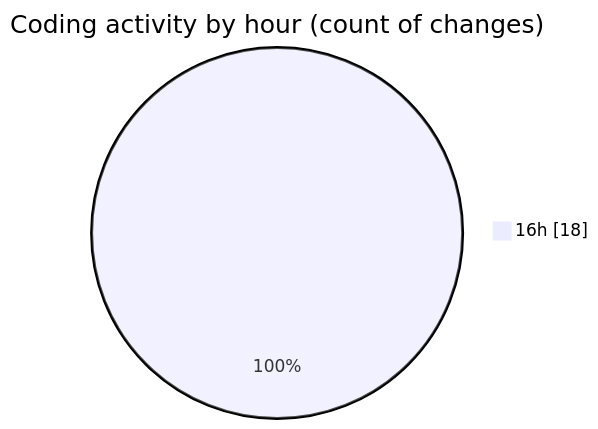
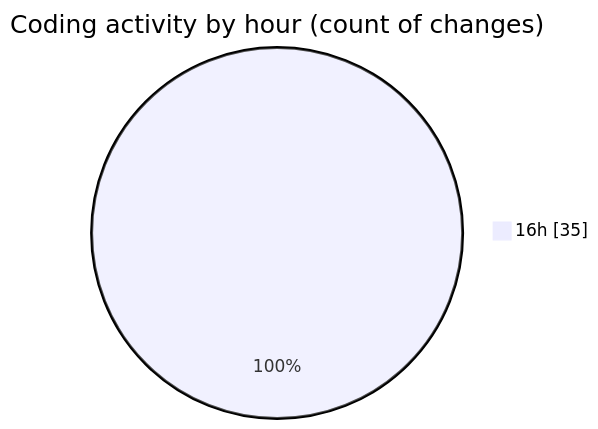
The second of 2 diagrams in 2026-11-13/broadcaster-v6-feature/README.md (momahboobian/code-tracking), drawn with Mermaid before and after one commit. The commit also changed other lines of this file and 1 other file, not shown here.

````diff
--- a/2026-11-13/broadcaster-v6-feature/README.md
+++ b/2026-11-13/broadcaster-v6-feature/README.md
@@ -32,5 +37,5 @@
 ```mermaid
 pie showData
 title Coding activity by hour (count of changes)
-"16h" : 18
+"16h" : 35
 ```
````
